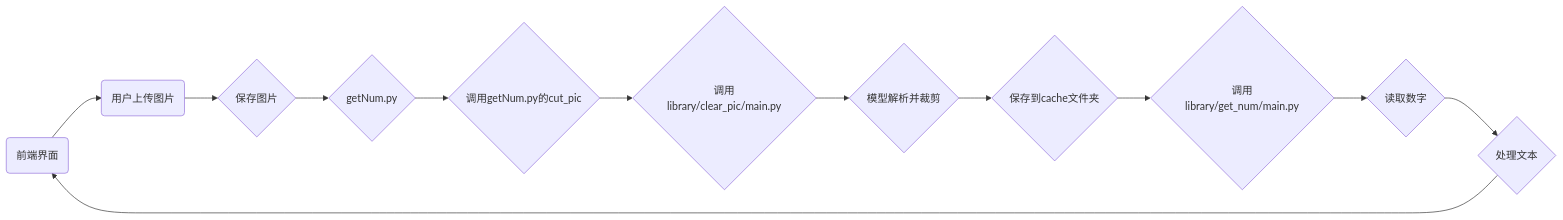
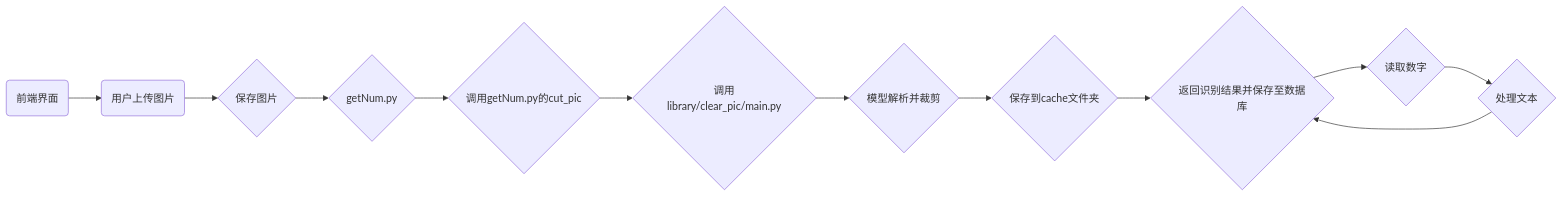
Before and after one commit to xin1201946/CRS_Python: the diagram in readme.md, drawn with Mermaid. The commit also changed other lines of this file and 2 other files, not shown here.

````diff
--- a/readme.md
+++ b/readme.md
@@ -43,14 +31,14 @@
 ```mermaid
 flowchart LR
     T(前端界面) --> A
     A(用户上传图片) --> B{保存图片}
     B --> C{getNum.py}
     C --> D{调用getNum.py的cut_pic}
     D --> E{调用library/clear_pic/main.py}
     E --> F{模型解析并裁剪}
     F --> G{保存到cache文件夹}
     G --> H{调用library/get_num/main.py}
     H --> I{读取数字}
     I --> J{处理文本}
-    J --> T
+    J --> H{返回识别结果并保存至数据库}
 ```
````
